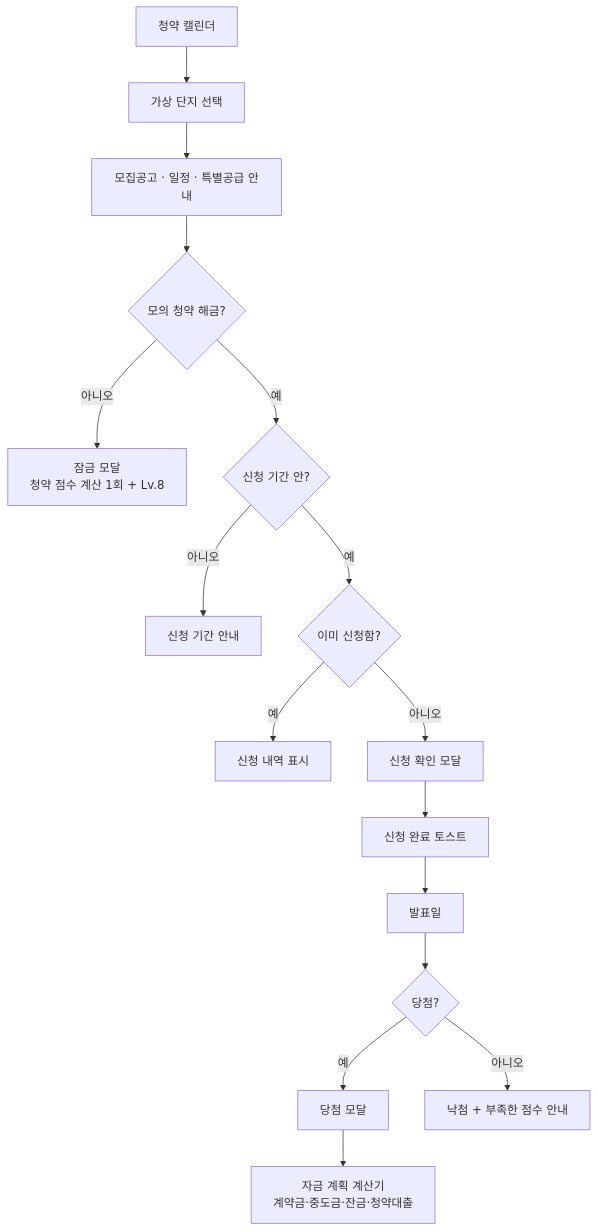
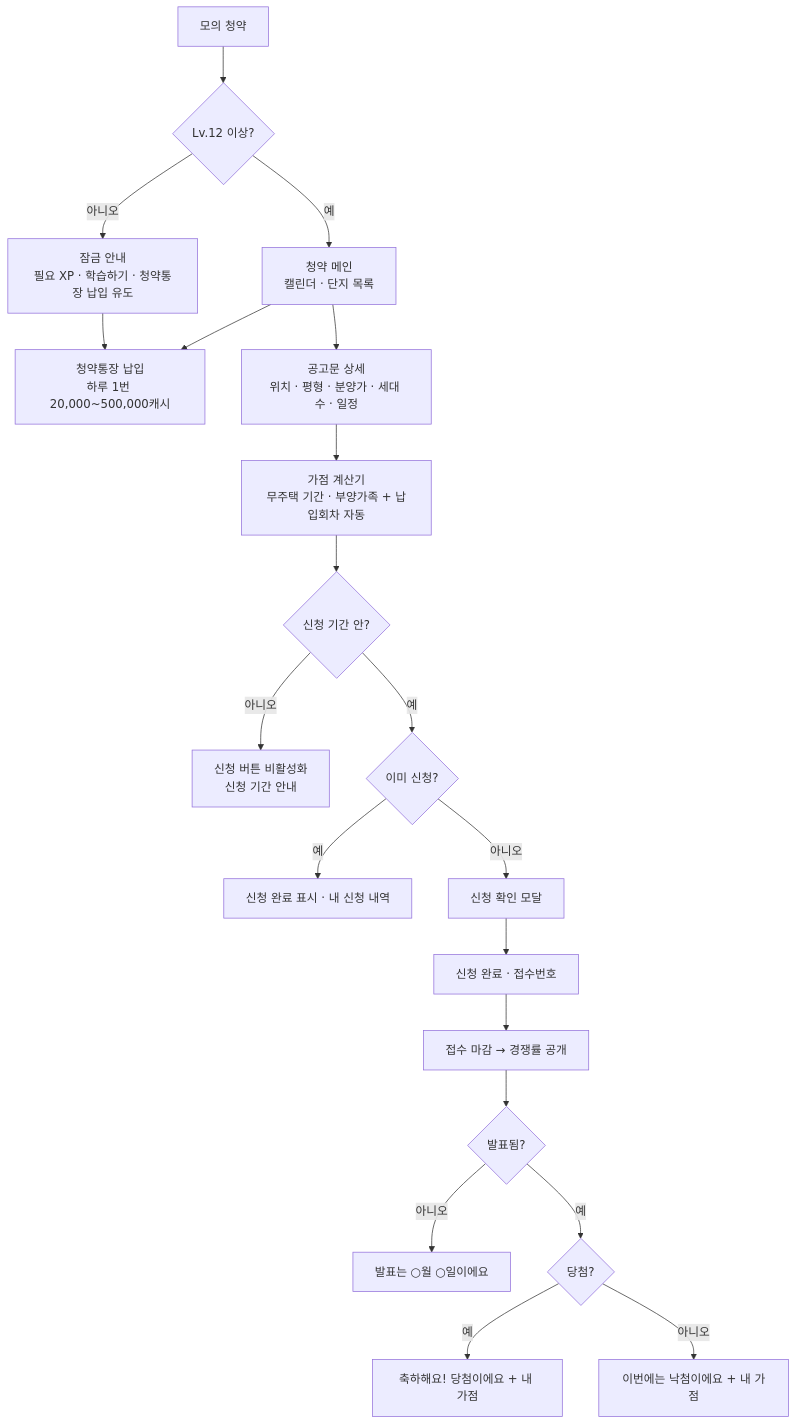
Diagram 11 of 13 in docs/MoneyBeetle_업무분석.md (bukkeu/my-home-finish), drawn with Mermaid before and after one commit. The commit also changed other lines of this file, not shown here.

````diff
--- a/docs/MoneyBeetle_업무분석.md
+++ b/docs/MoneyBeetle_업무분석.md
@@ -644,14 +580,21 @@
 ```mermaid
 flowchart TD
-    CAL[청약 캘린더] --> PICKDAY[가상 단지 선택] --> DETAIL[모집공고 · 일정 · 특별공급 안내]
-    DETAIL --> UNLOCK{모의 청약 해금?}
-    UNLOCK -- 아니오 --> LOCK[잠금 모달<br/>청약 점수 계산 1회 + Lv.8]
-    UNLOCK -- 예 --> PERIOD{신청 기간 안?}
-    PERIOD -- 아니오 --> NOTYET[신청 기간 안내]
-    PERIOD -- 예 --> DUP{이미 신청함?}
-    DUP -- 예 --> ALREADY[신청 내역 표시]
-    DUP -- 아니오 --> CONFIRM[신청 확인 모달] --> APPLIED[신청 완료 토스트]
-    APPLIED --> DAY[발표일] --> WIN{당첨?}
-    WIN -- 예 --> CONG[당첨 모달] --> FUND[자금 계획 계산기<br/>계약금·중도금·잔금·청약대출]
-    WIN -- 아니오 --> LOSE[낙첨 + 부족한 점수 안내]
+    IN[모의 청약] --> LV{Lv.12 이상?}
+    LV -- 아니오 --> LOCK[잠금 안내<br/>필요 XP · 학습하기 · 청약통장 납입 유도]
+    LV -- 예 --> MAIN[청약 메인<br/>캘린더 · 단지 목록]
+    LOCK --> PAY
+    MAIN --> PAY[청약통장 납입<br/>하루 1번 20,000~500,000캐시]
+    MAIN --> DET[공고문 상세<br/>위치 · 평형 · 분양가 · 세대 수 · 일정]
+    DET --> CALC[가점 계산기<br/>무주택 기간 · 부양가족 + 납입회차 자동]
+    CALC --> PERIOD{신청 기간 안?}
+    PERIOD -- 아니오 --> OFF[신청 버튼 비활성화<br/>신청 기간 안내]
+    PERIOD -- 예 --> DUP{이미 신청?}
+    DUP -- 예 --> ALREADY[신청 완료 표시 · 내 신청 내역]
+    DUP -- 아니오 --> CONF[신청 확인 모달] --> APPLIED[신청 완료 · 접수번호]
+    APPLIED --> CLOSE[접수 마감 → 경쟁률 공개]
+    CLOSE --> ANN{발표됨?}
+    ANN -- 아니오 --> NOTYET[발표는 ○월 ○일이에요]
+    ANN -- 예 --> RES{당첨?}
+    RES -- 예 --> WIN[축하해요! 당첨이에요 + 내 가점]
+    RES -- 아니오 --> LOSE[이번에는 낙첨이에요 + 내 가점]
 ```
````
